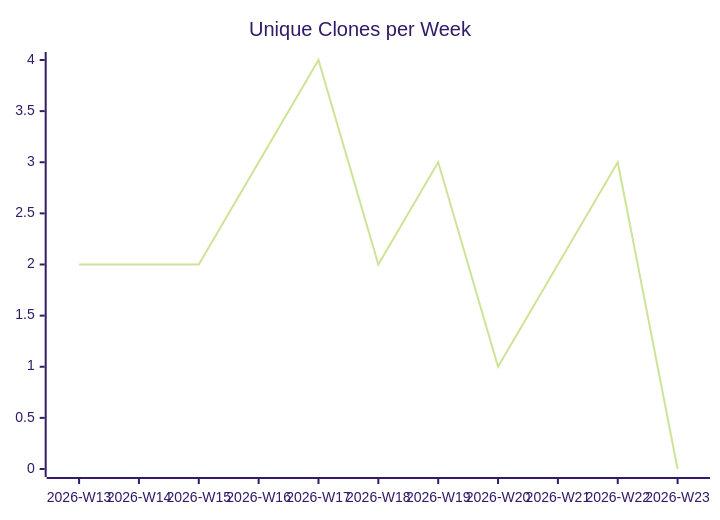
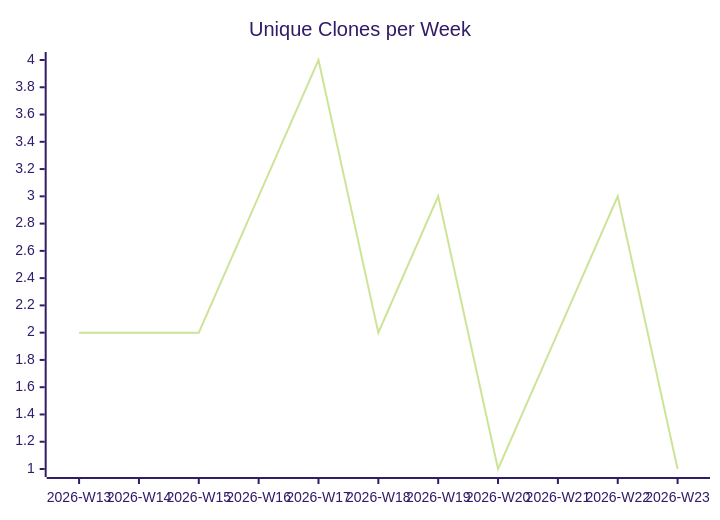
One commit to justdavis-family/github-analytics-data changed the third of 3 diagrams in karlmdavis/bbonfhir-dev-infra-docker/README.md. Above: the diagram before and after it, drawn with Mermaid (forest theme). The commit also changed other lines of this file and 189 other files, not shown here.

````diff
--- a/karlmdavis/bbonfhir-dev-infra-docker/README.md
+++ b/karlmdavis/bbonfhir-dev-infra-docker/README.md
@@ -19,6 +19,6 @@
 ```mermaid
 xychart-beta
   title "Unique Clones per Week"
   x-axis ["2026-W13", "2026-W14", "2026-W15", "2026-W16", "2026-W17", "2026-W18", "2026-W19", "2026-W20", "2026-W21", "2026-W22", "2026-W23"]
-  line [2, 2, 2, 3, 4, 2, 3, 1, 2, 3, 0]
+  line [2, 2, 2, 3, 4, 2, 3, 1, 2, 3, 1]
 ```
````
